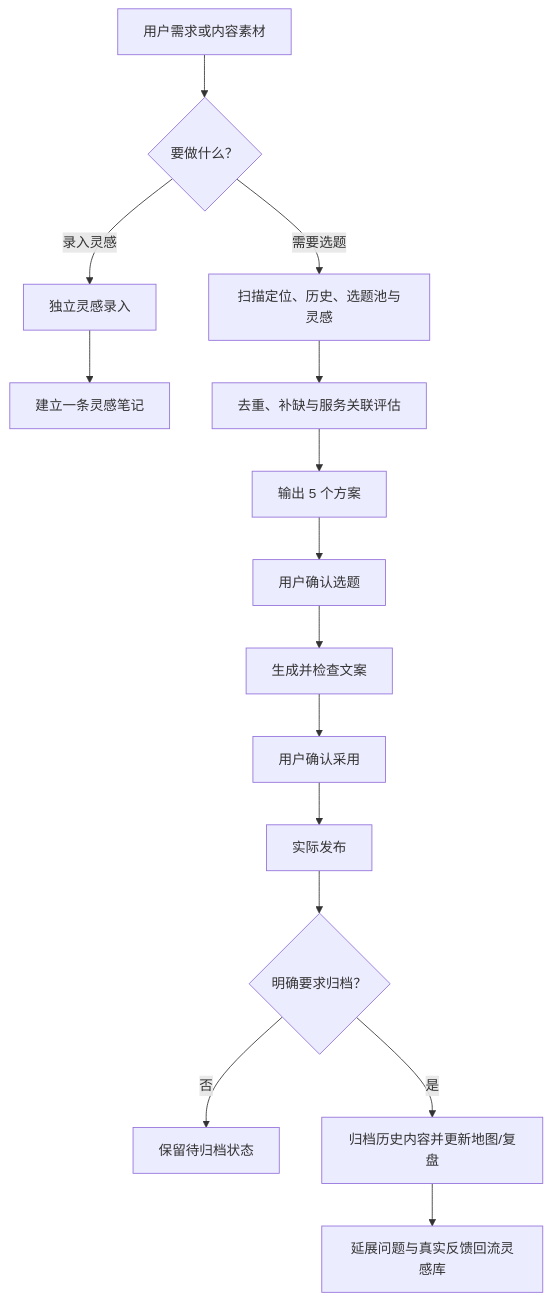
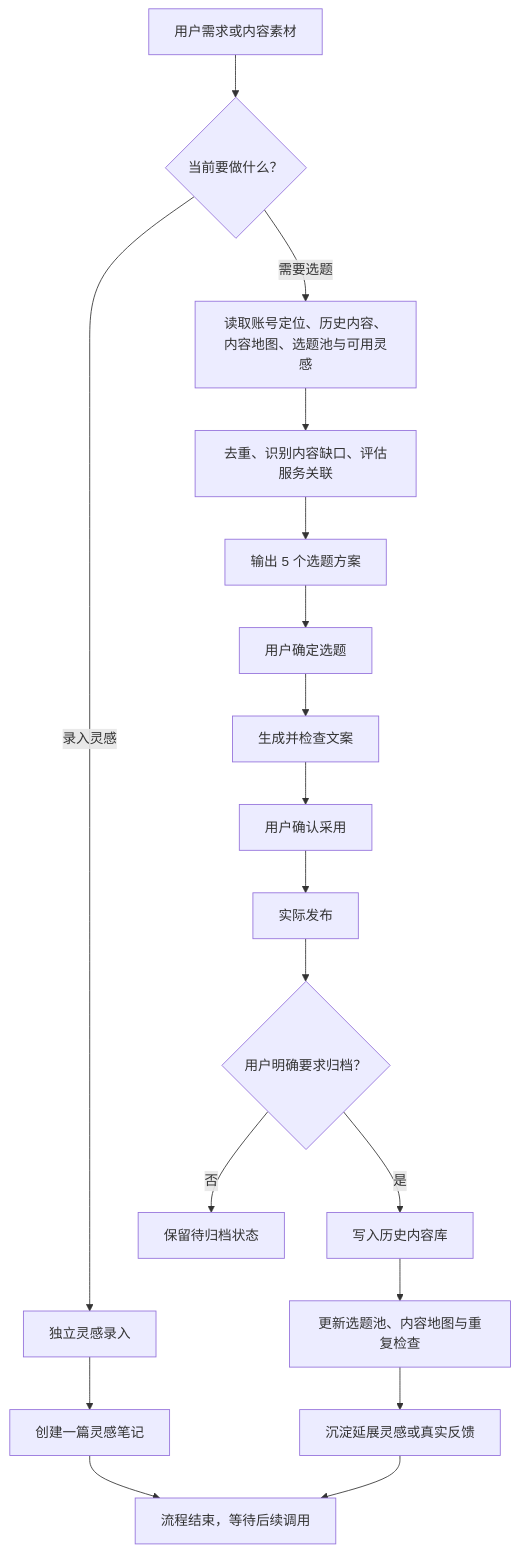
The first of 4 diagrams in README.md (linqh92/qycslc_wxvideos_contens), drawn with Mermaid before and after one commit. The commit also changed other lines of this file and 1 other file, not shown here.

````diff
--- a/README.md
+++ b/README.md
@@ -17,10 +39,24 @@
 ```mermaid
 flowchart TD
-    A["用户需求或内容素材"] --> B{"要做什么？"}
-    B -->|"录入灵感"| C["独立灵感录入"] --> D["建立一条灵感笔记"]
-    B -->|"需要选题"| E["扫描定位、历史、选题池与灵感"] --> F["去重、补缺与服务关联评估"] --> G["输出 5 个方案"] --> H["用户确认选题"]
-    H --> I["生成并检查文案"] --> J["用户确认采用"] --> K["实际发布"]
-    K --> L{"明确要求归档？"}
-    L -->|"否"| M["保留待归档状态"]
-    L -->|"是"| N["归档历史内容并更新地图/复盘"] --> O["延展问题与真实反馈回流灵感库"]
+    A["用户需求或内容素材"] --> B{"当前要做什么？"}
+
+    B -->|录入灵感| C["独立灵感录入"]
+    C --> D["创建一篇灵感笔记"]
+    D --> E["流程结束，等待后续调用"]
+
+    B -->|需要选题| F["读取账号定位、历史内容、内容地图、选题池与可用灵感"]
+    F --> G["去重、识别内容缺口、评估服务关联"]
+    G --> H["输出 5 个选题方案"]
+    H --> I["用户确定选题"]
+
+    I --> J["生成并检查文案"]
+    J --> K["用户确认采用"]
+    K --> L["实际发布"]
+    L --> M{"用户明确要求归档？"}
+
+    M -->|否| N["保留待归档状态"]
+    M -->|是| O["写入历史内容库"]
+    O --> P["更新选题池、内容地图与重复检查"]
+    P --> Q["沉淀延展灵感或真实反馈"]
+    Q --> E
 ```
````
